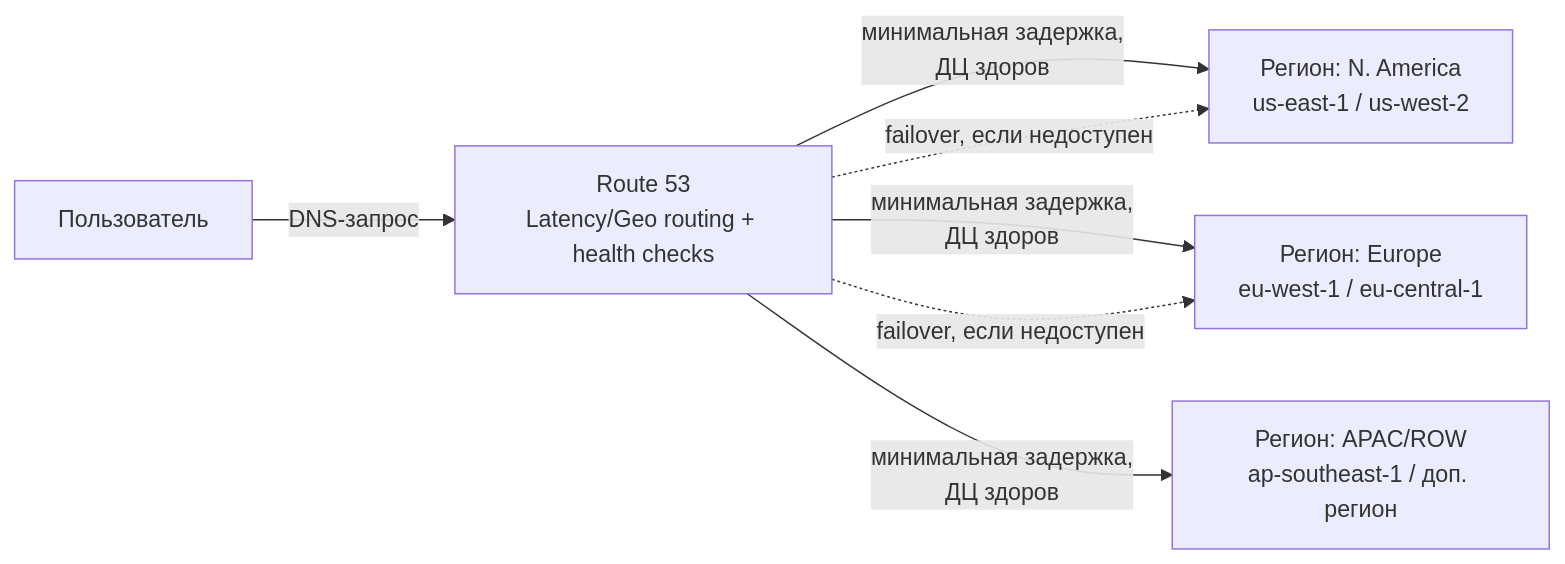
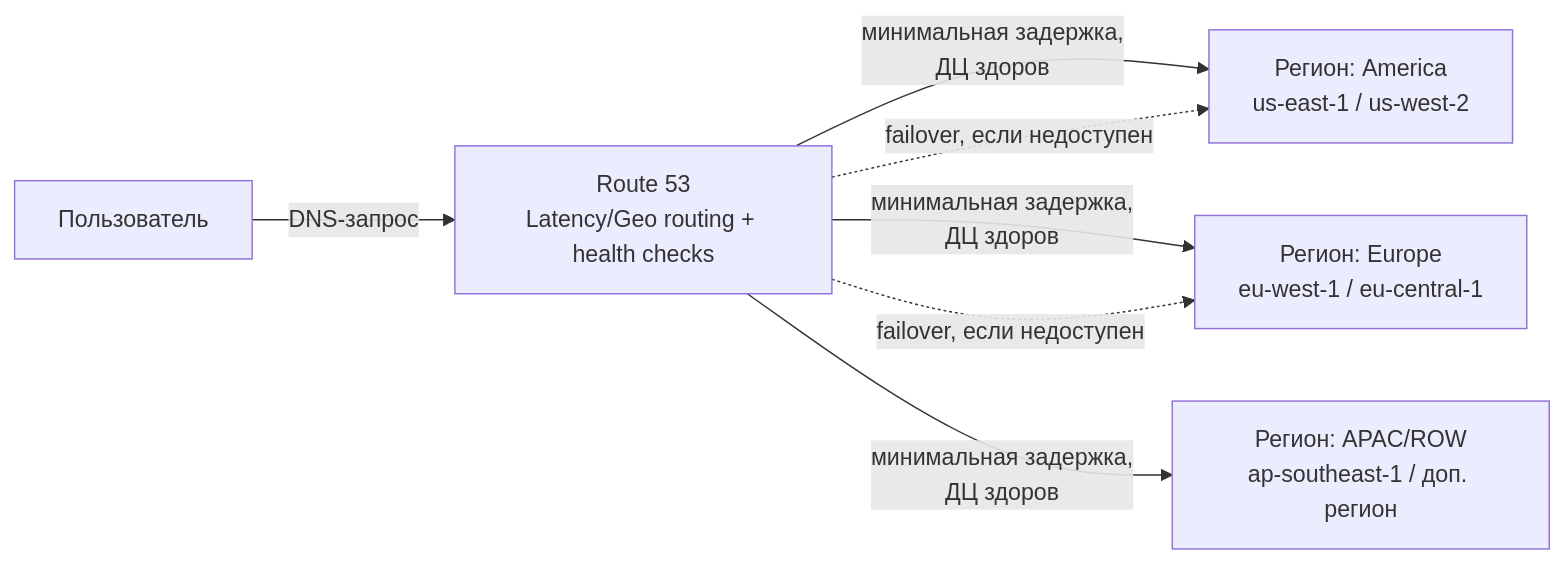
The first of 2 diagrams in README.md (TOOSTEER/Highload_TechnoPark), drawn with Mermaid before and after one commit. The commit also changed other lines of this file, not shown here.

````diff
--- a/README.md
+++ b/README.md
@@ -191,9 +191,9 @@
 ```mermaid
 flowchart LR
     U[Пользователь] -->|DNS-запрос| R53[Route 53<br/>Latency/Geo routing + health checks]
-    R53 -->|минимальная задержка,<br/>ДЦ здоров| NA[Регион: N. America<br/>us-east-1 / us-west-2]
+    R53 -->|минимальная задержка,<br/>ДЦ здоров| NA[Регион: America<br/>us-east-1 / us-west-2]
     R53 -->|минимальная задержка,<br/>ДЦ здоров| EU[Регион: Europe<br/>eu-west-1 / eu-central-1]
     R53 -->|минимальная задержка,<br/>ДЦ здоров| AP[Регион: APAC/ROW<br/>ap-southeast-1 / доп. регион]
     R53 -.failover, если недоступен.-> NA
     R53 -.failover, если недоступен.-> EU
 ```
````
